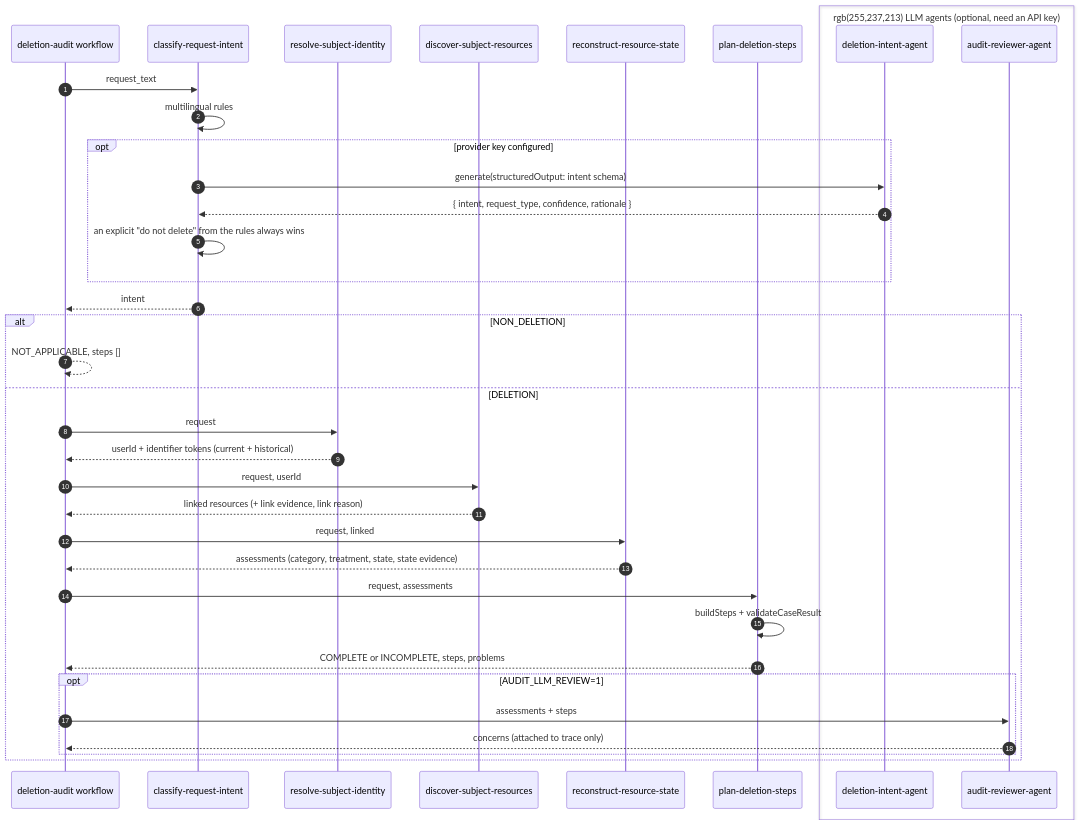
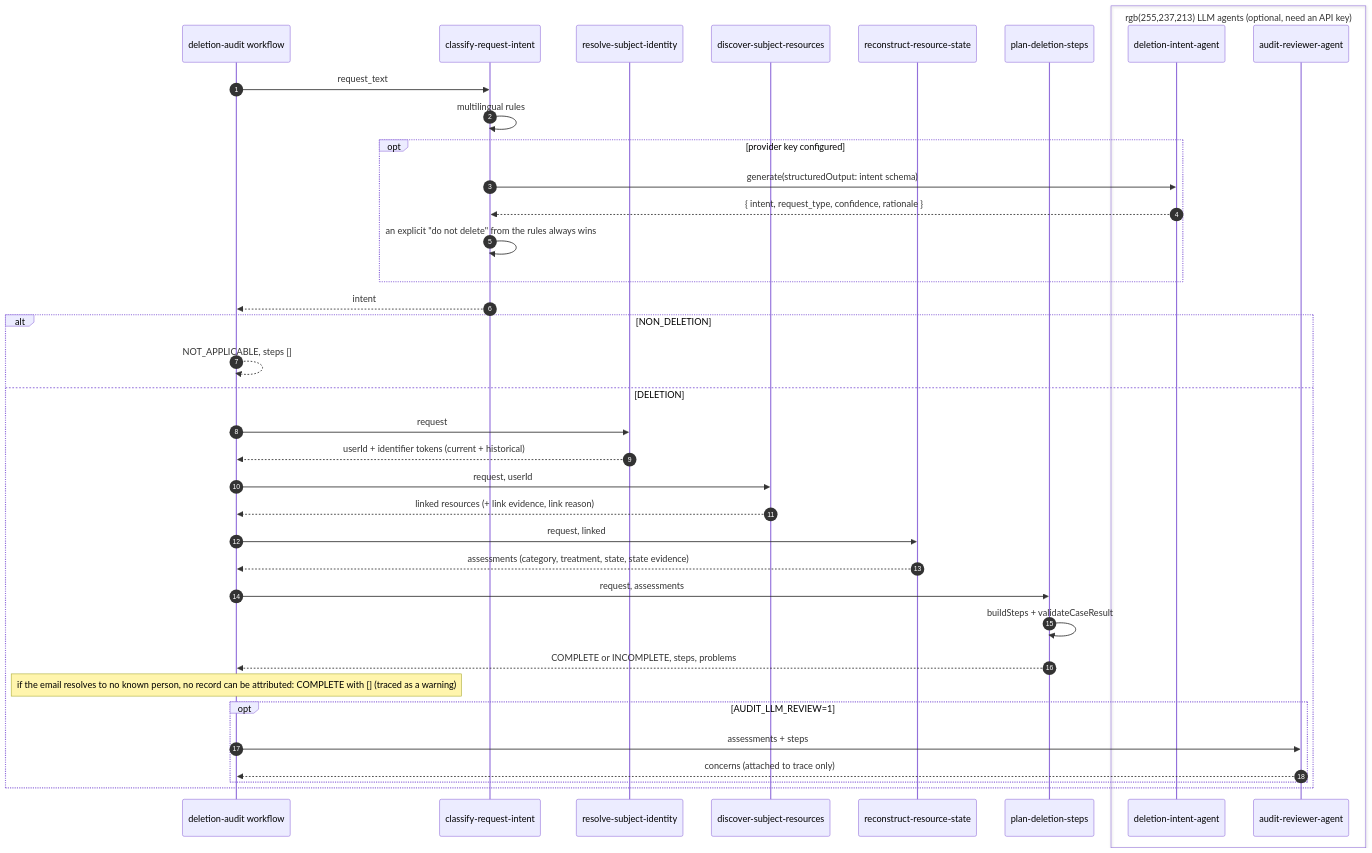
Before and after one commit to rtnsht/hackerrank-orchestrate-october26: the seventh of 14 diagrams in code/docs/ARCHITECTURE.md, drawn with Mermaid. The commit also changed other lines of this file and 20 other files, not shown here.

````diff
--- a/code/docs/ARCHITECTURE.md
+++ b/code/docs/ARCHITECTURE.md
@@ -443,40 +462,41 @@
 ```mermaid
 sequenceDiagram
     autonumber
     participant W as deletion-audit workflow
     participant T1 as classify-request-intent
     participant T2 as resolve-subject-identity
     participant T3 as discover-subject-resources
     participant T4 as reconstruct-resource-state
     participant T5 as plan-deletion-steps
     box rgb(255,237,213) LLM agents (optional, need an API key)
     participant IA as deletion-intent-agent
     participant RA as audit-reviewer-agent
     end
 
     W->>T1: request_text
     T1->>T1: multilingual rules
     opt provider key configured
         T1->>IA: generate(structuredOutput: intent schema)
         IA-->>T1: { intent, request_type, confidence, rationale }
         T1->>T1: an explicit "do not delete" from the rules always wins
     end
     T1-->>W: intent
     alt NON_DELETION
         W-->>W: NOT_APPLICABLE, steps []
     else DELETION
         W->>T2: request
         T2-->>W: userId + identifier tokens (current + historical)
         W->>T3: request, userId
         T3-->>W: linked resources (+ link evidence, link reason)
         W->>T4: request, linked
         T4-->>W: assessments (category, treatment, state, state evidence)
         W->>T5: request, assessments
         T5->>T5: buildSteps + validateCaseResult
         T5-->>W: COMPLETE or INCOMPLETE, steps, problems
+        Note over W: if the email resolves to no known person, no record can be attributed: COMPLETE with [] (traced as a warning)
         opt AUDIT_LLM_REVIEW=1
             W->>RA: assessments + steps
             RA-->>W: concerns (attached to trace only)
         end
     end
 ```
````
